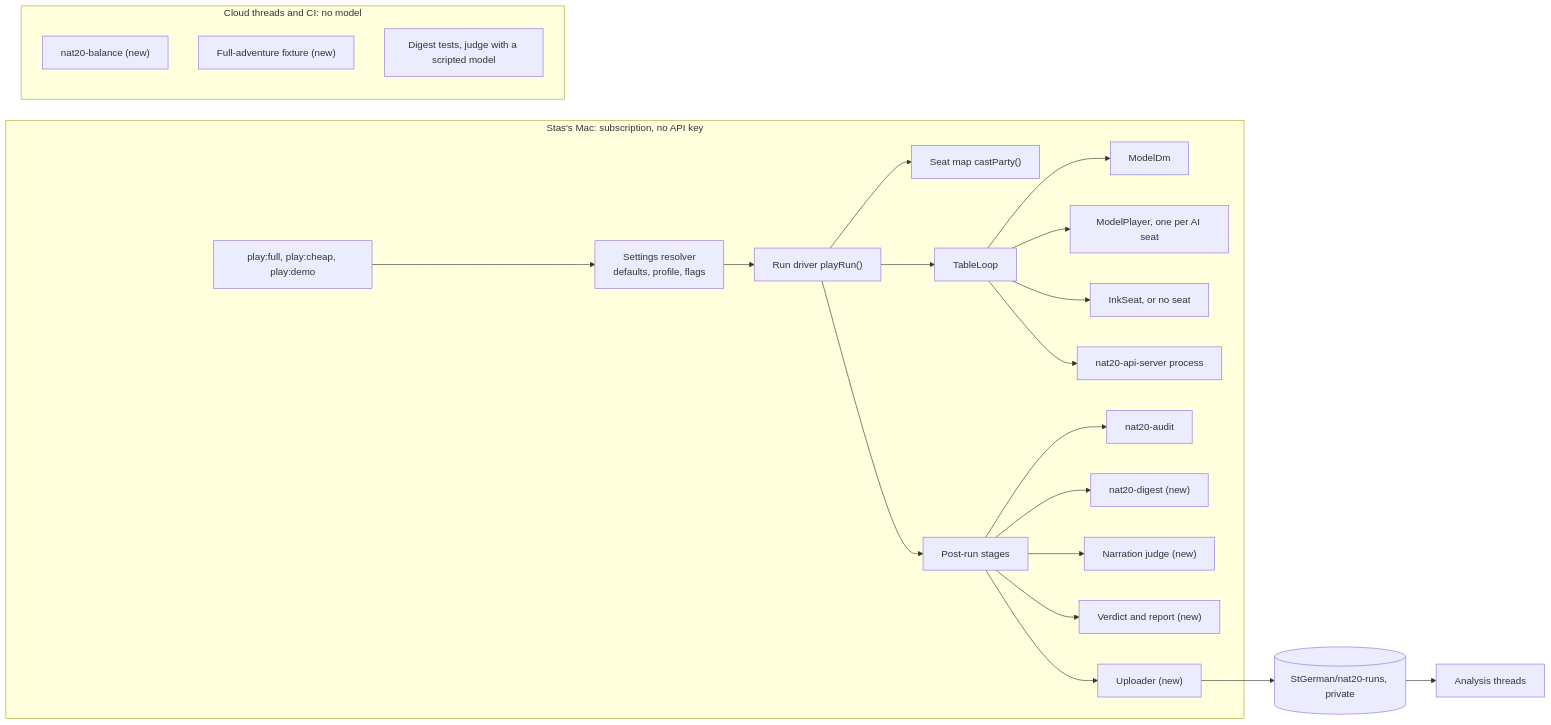
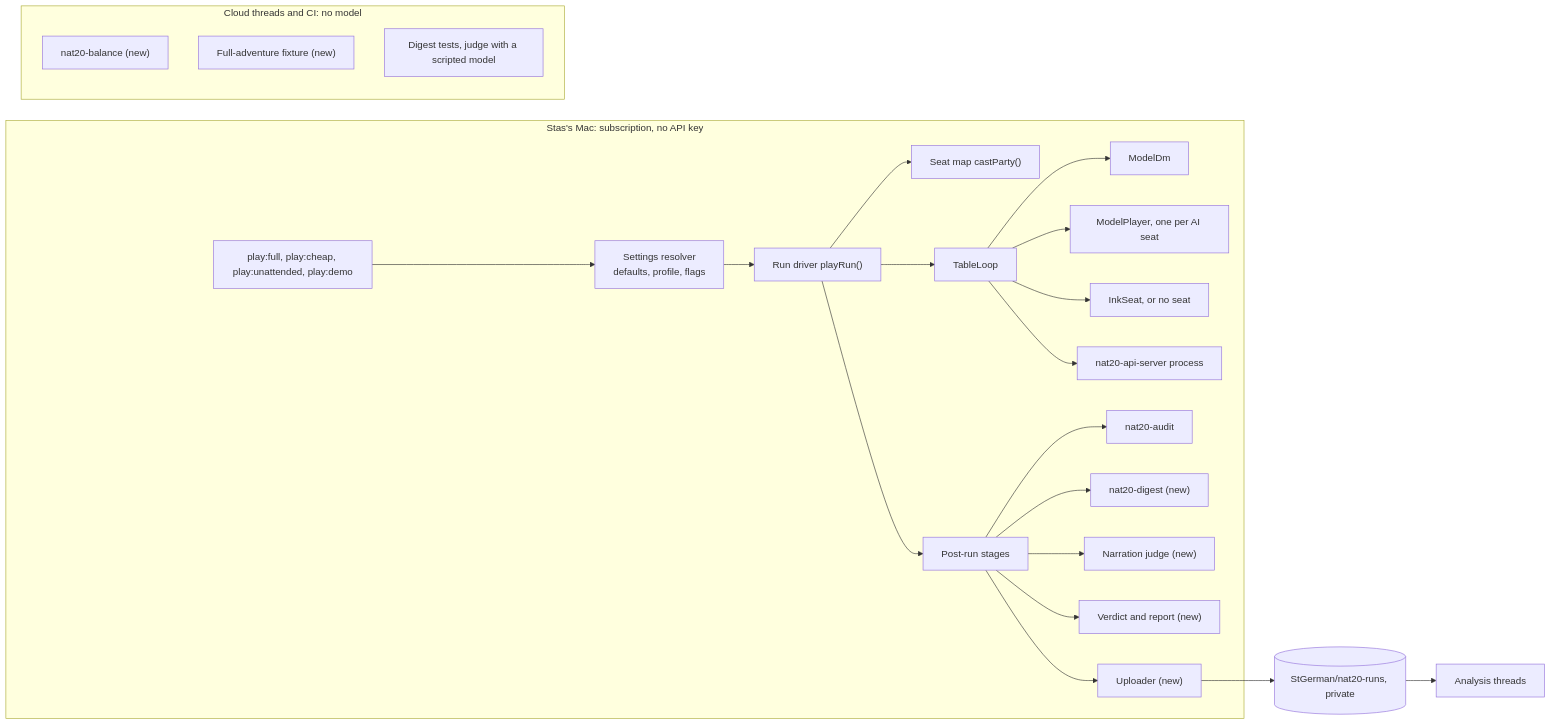
One commit to StGerman/nat20-table changed the first of 3 diagrams in docs/design/demo-acceptance-system.md. Above: the diagram before and after it, drawn with Mermaid. The commit also changed other lines of this file and 9 other files, not shown here.

First line of the commit message:
table: Opus low DM profile for the unattended run (AGT-45)

````diff
--- a/docs/design/demo-acceptance-system.md
+++ b/docs/design/demo-acceptance-system.md
@@ -59,26 +59,26 @@
 ```mermaid
 flowchart LR
   subgraph Mac["Stas's Mac: subscription, no API key"]
-    CLI["play:full, play:cheap, play:demo"] --> Settings["Settings resolver<br/>defaults, profile, flags"]
+    CLI["play:full, play:cheap, play:unattended, play:demo"] --> Settings["Settings resolver<br/>defaults, profile, flags"]
     Settings --> Driver["Run driver playRun()"]
     Driver --> Cast["Seat map castParty()"]
     Driver --> Loop["TableLoop"]
     Loop --> DM["ModelDm"]
     Loop --> AI["ModelPlayer, one per AI seat"]
     Loop --> Ink["InkSeat, or no seat"]
     Loop --> Engine["nat20-api-server process"]
     Driver --> Stages["Post-run stages"]
     Stages --> Audit["nat20-audit"]
     Stages --> Digest["nat20-digest (new)"]
     Stages --> Judge["Narration judge (new)"]
     Stages --> Verdict["Verdict and report (new)"]
     Stages --> Upload["Uploader (new)"]
   end
   Upload --> Runs[("StGerman/nat20-runs, private")]
   Runs --> Threads["Analysis threads"]
   subgraph Cloud["Cloud threads and CI: no model"]
     Sweep["nat20-balance (new)"]
     Fixture["Full-adventure fixture (new)"]
     Tests["Digest tests, judge with a scripted model"]
   end
 ```
````
